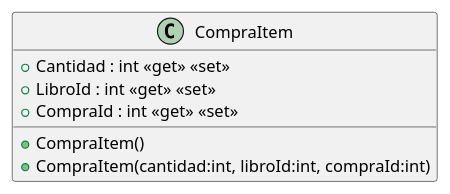
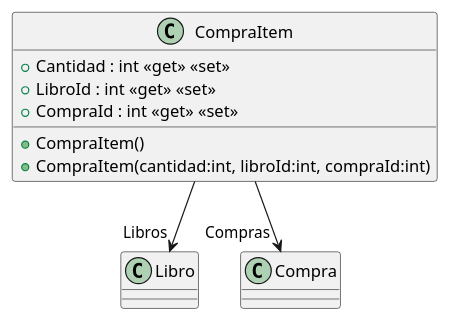
One commit to ISII2627LosGremlins/ISII2627LosGremlins changed the diagram in src/AppForSEII.API/ClassDiagram/CompraItem.puml. Above: the diagram before and after it, drawn with PlantUML. The commit also changed 17 other files, not shown here.

```diff
--- a/src/AppForSEII.API/ClassDiagram/CompraItem.puml
+++ b/src/AppForSEII.API/ClassDiagram/CompraItem.puml
@@ -1,9 +1,11 @@
 @startuml
 class CompraItem {
     + CompraItem()
     + CompraItem(cantidad:int, libroId:int, compraId:int)
     + Cantidad : int <<get>> <<set>>
     + LibroId : int <<get>> <<set>>
     + CompraId : int <<get>> <<set>>
 }
+CompraItem --> "Libros" Libro
+CompraItem --> "Compras" Compra
 @enduml
```
